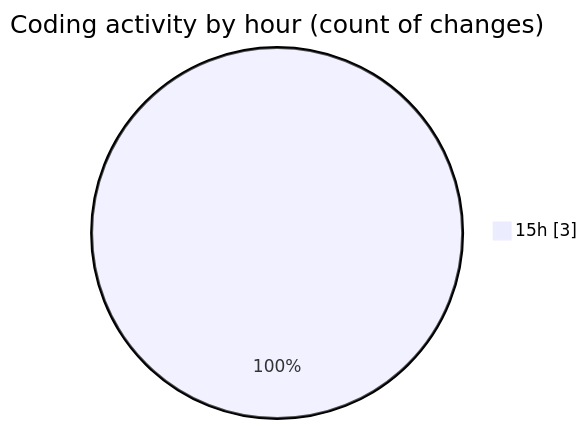
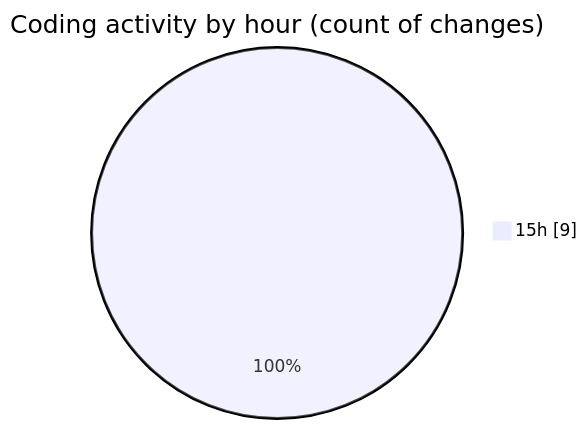
The second of 2 diagrams in 2026-03-05/finance_front/README.md (igalym/code-tracking), drawn with Mermaid before and after one commit. The commit also changed other lines of this file and 1 other file, not shown here.

````diff
--- a/2026-03-05/finance_front/README.md
+++ b/2026-03-05/finance_front/README.md
@@ -30,5 +31,5 @@
 ```mermaid
 pie showData
 title Coding activity by hour (count of changes)
-"15h" : 3
+"15h" : 9
 ```
````
